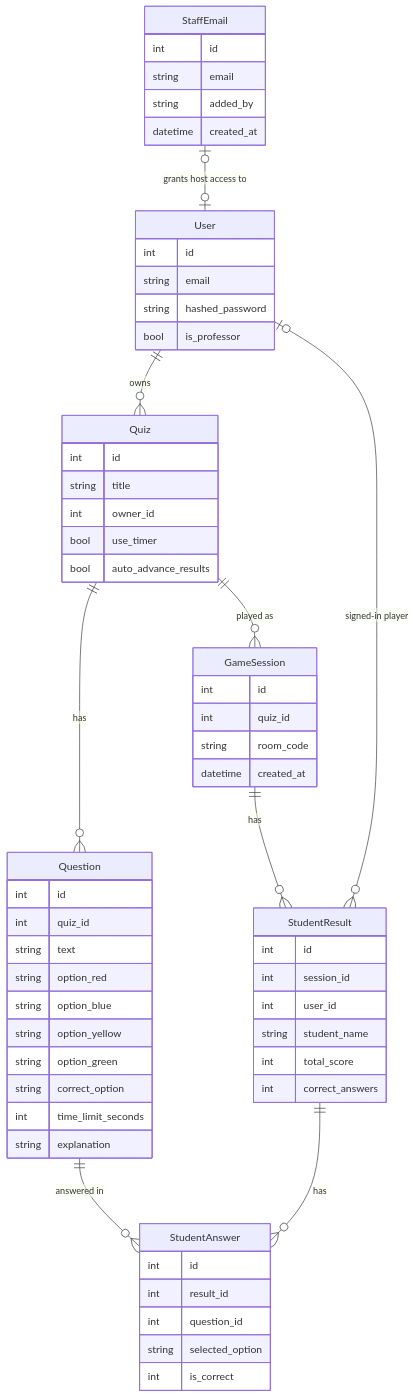
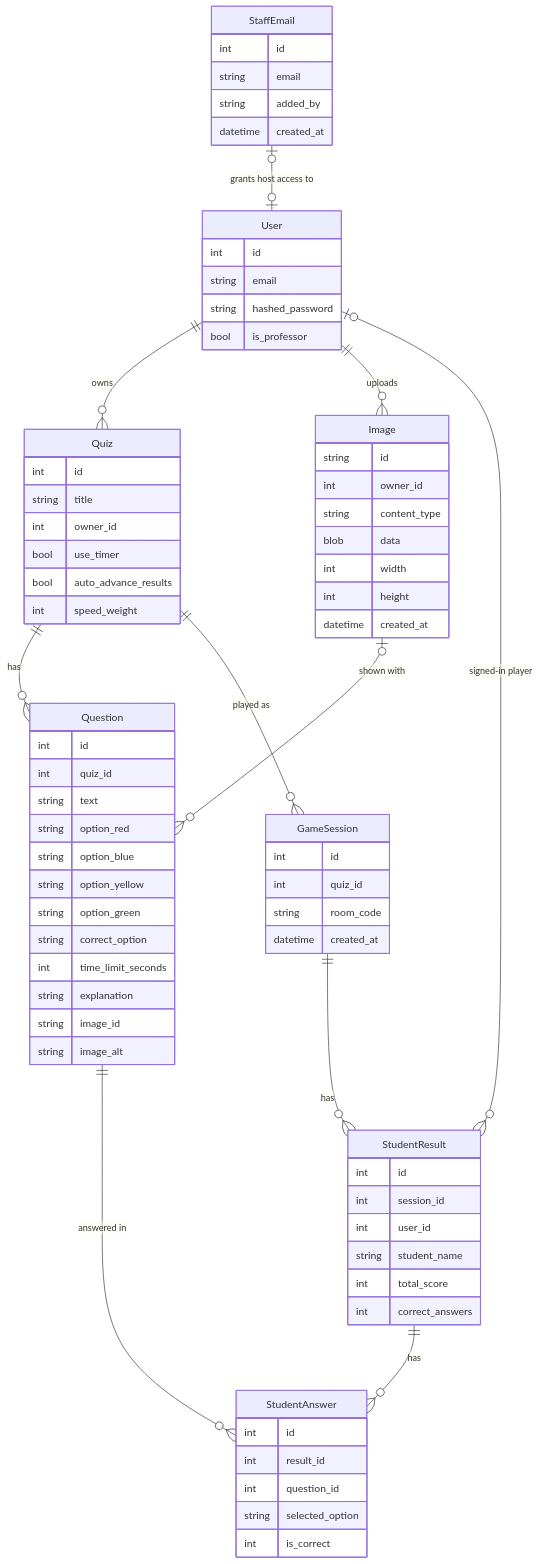
One commit to amberkar-harsh-02/Quiz-app changed the third of 3 diagrams in docs/HOW-IT-WORKS.md. Above: the diagram before and after it, drawn with Mermaid. The commit also changed other lines of this file and 21 other files, not shown here.

Commit message:
feat: adjustable speed weight for scoring and images on questions

````diff
--- a/docs/HOW-IT-WORKS.md
+++ b/docs/HOW-IT-WORKS.md
@@ -250,64 +278,78 @@
 ```mermaid
 erDiagram
     User ||--o{ Quiz : owns
+    User ||--o{ Image : uploads
+    Image |o--o{ Question : "shown with"
     StaffEmail |o--o| User : "grants host access to"
     Quiz ||--o{ Question : has
     Quiz ||--o{ GameSession : "played as"
     GameSession ||--o{ StudentResult : has
     User |o--o{ StudentResult : "signed-in player"
     StudentResult ||--o{ StudentAnswer : has
     Question ||--o{ StudentAnswer : "answered in"
 
+    Image {
+        string id
+        int owner_id
+        string content_type
+        blob data
+        int width
+        int height
+        datetime created_at
+    }
     StaffEmail {
         int id
         string email
         string added_by
         datetime created_at
     }
     User {
         int id
         string email
         string hashed_password
         bool is_professor
     }
     Quiz {
         int id
         string title
         int owner_id
         bool use_timer
         bool auto_advance_results
+        int speed_weight
     }
     Question {
         int id
         int quiz_id
         string text
         string option_red
         string option_blue
         string option_yellow
         string option_green
         string correct_option
         int time_limit_seconds
         string explanation
+        string image_id
+        string image_alt
     }
     GameSession {
         int id
         int quiz_id
         string room_code
         datetime created_at
     }
     StudentResult {
         int id
         int session_id
         int user_id
         string student_name
         int total_score
         int correct_answers
     }
     StudentAnswer {
         int id
         int result_id
         int question_id
         string selected_option
         int is_correct
     }
 ```
````
